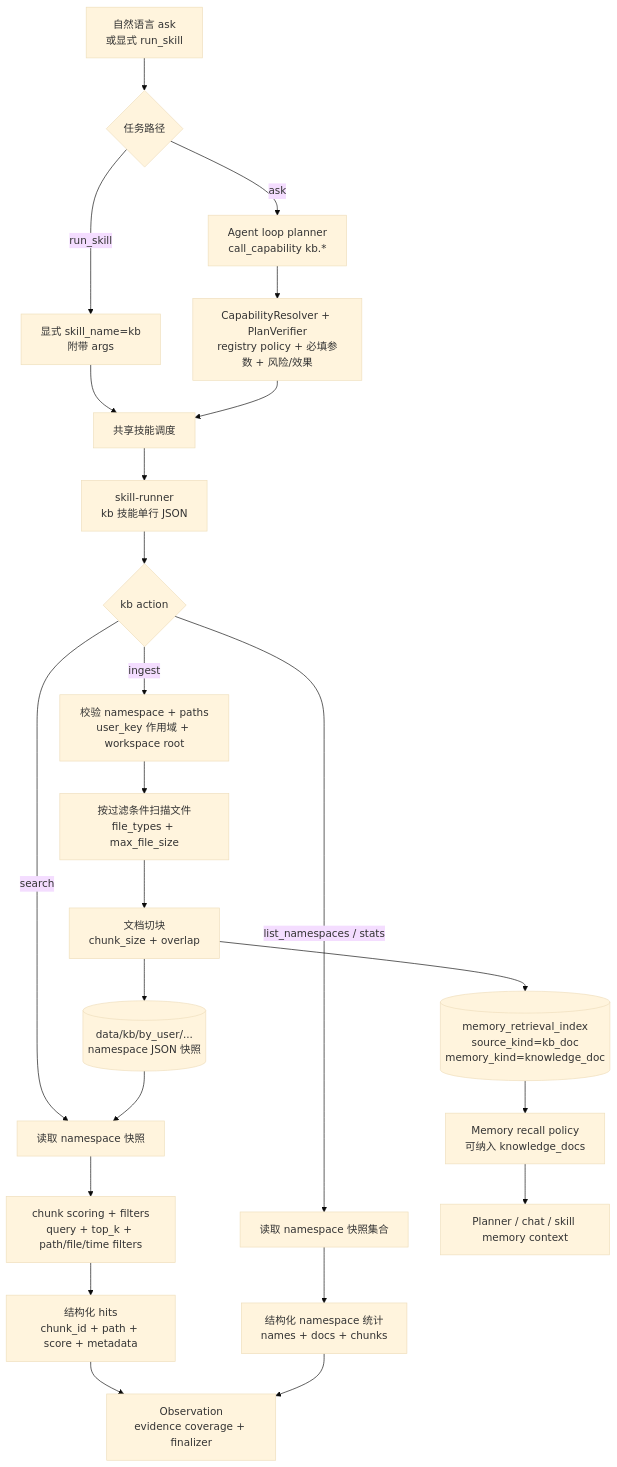
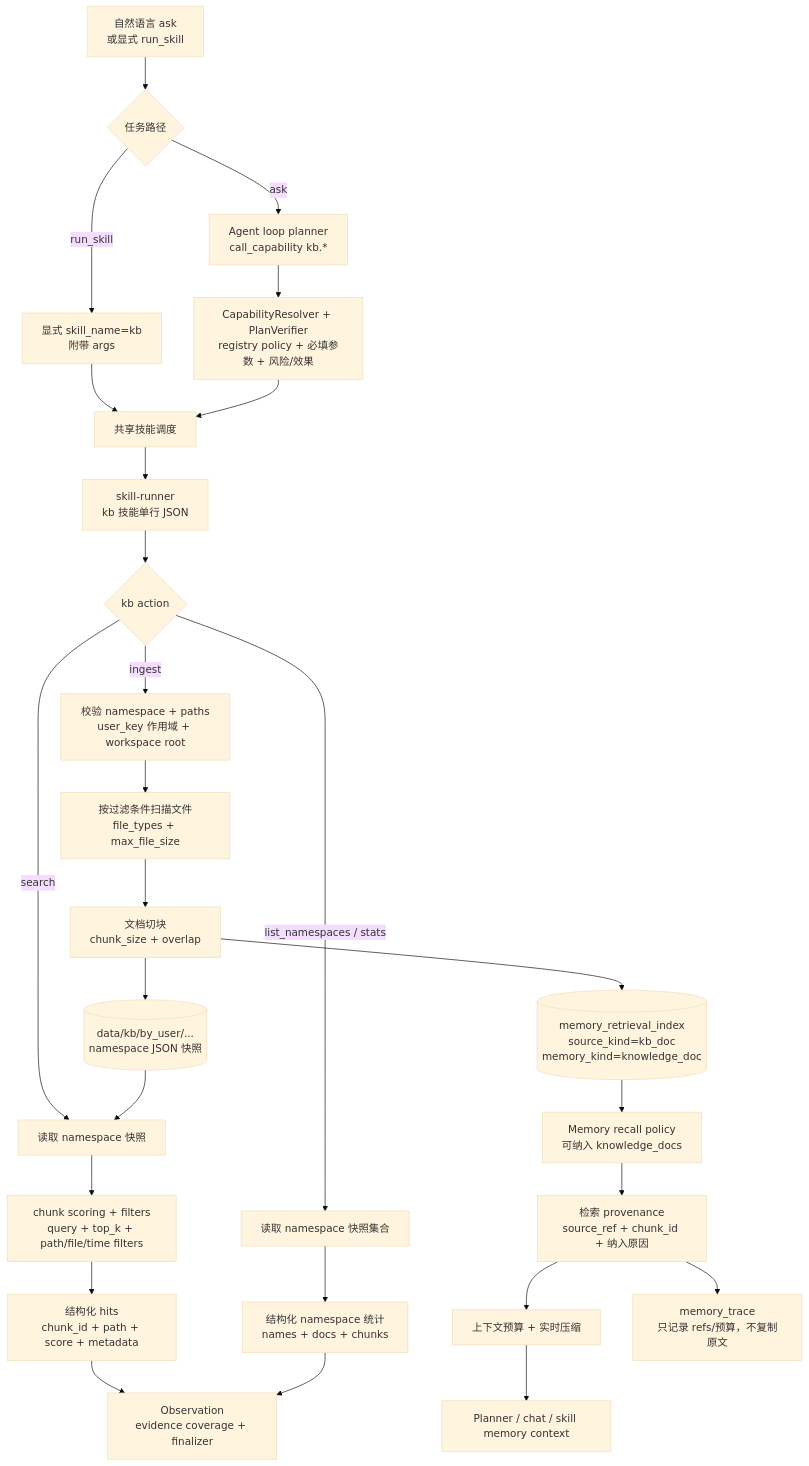
One commit to MatrixCoreX/RustClaw changed the fourth of 11 diagrams in README.zh-CN.md. Above: the diagram before and after it, drawn with Mermaid (base theme). The commit also changed other lines of this file and 1 other file, not shown here.

Commit message:
docs: align agent runtime flows

````diff
--- a/README.zh-CN.md
+++ b/README.zh-CN.md
@@ -294,26 +276,29 @@
 ```mermaid
 flowchart TD
     A[自然语言 ask<br/>或显式 run_skill] --> B{任务路径}
     B -->|ask| C[Agent loop planner<br/>call_capability kb.*]
     B -->|run_skill| D[显式 skill_name=kb<br/>附带 args]
     C --> E[CapabilityResolver + PlanVerifier<br/>registry policy + 必填参数 + 风险/效果]
     D --> F[共享技能调度]
     E --> F
     F --> G[skill-runner<br/>kb 技能单行 JSON]
     G --> H{kb action}
     H -->|ingest| I[校验 namespace + paths<br/>user_key 作用域 + workspace root]
     I --> J[按过滤条件扫描文件<br/>file_types + max_file_size]
     J --> K[文档切块<br/>chunk_size + overlap]
     K --> L[(data/kb/by_user/...<br/>namespace JSON 快照)]
     K --> M[(memory_retrieval_index<br/>source_kind=kb_doc<br/>memory_kind=knowledge_doc)]
     H -->|search| N[读取 namespace 快照]
     L --> N
     N --> O[chunk scoring + filters<br/>query + top_k + path/file/time filters]
     O --> P[结构化 hits<br/>chunk_id + path + score + metadata]
     H -->|list_namespaces / stats| Q[读取 namespace 快照集合]
     Q --> R[结构化 namespace 统计<br/>names + docs + chunks]
     M --> S[Memory recall policy<br/>可纳入 knowledge_docs]
-    S --> T[Planner / chat / skill memory context]
+    S --> SP[检索 provenance<br/>source_ref + chunk_id + 纳入原因]
+    SP --> SB[上下文预算 + 实时压缩]
+    SB --> T[Planner / chat / skill memory context]
+    SP --> ST[memory_trace<br/>只记录 refs/预算，不复制原文]
     P --> U[Observation<br/>evidence coverage + finalizer]
     R --> U
 ```
````
